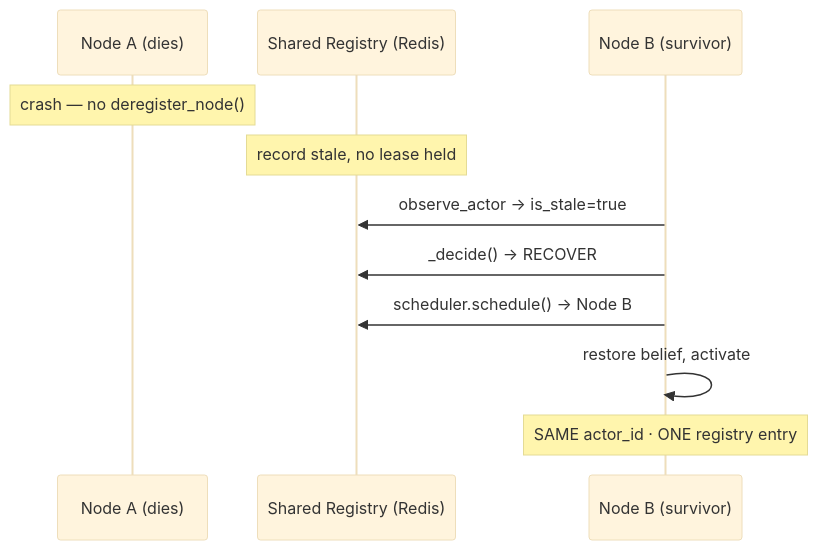
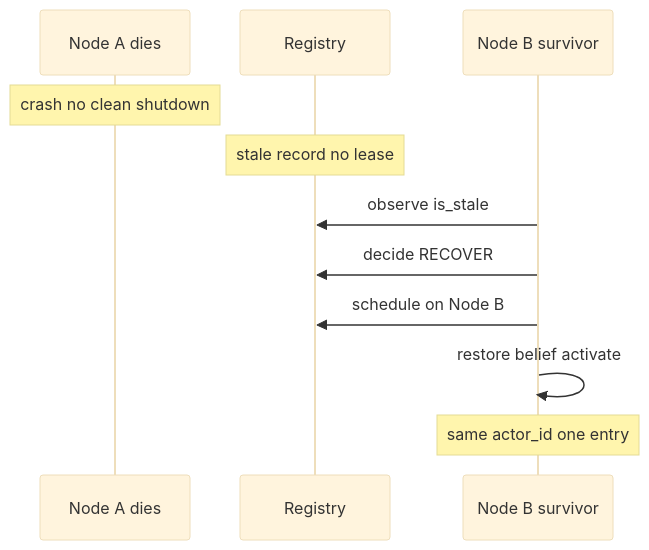
One commit to monkeypatched-stack/cogitive-os changed diagram 18 of 22 in docs/DIAGRAMS.md. Above: the diagram before and after it, drawn with Mermaid (base theme). The commit also changed other lines of this file, not shown here.

Commit message:
adding diagrams

````diff
--- a/docs/DIAGRAMS.md
+++ b/docs/DIAGRAMS.md
@@ -578,14 +607,14 @@
 ```mermaid
 sequenceDiagram
-    participant NodeA as Node A (dies)
-    participant Reg as Shared Registry (Redis)
-    participant NodeB as Node B (survivor)
+    participant NodeA as Node A dies
+    participant Reg as Registry
+    participant NodeB as Node B survivor
 
-    Note over NodeA: crash — no deregister_node()
-    Note over Reg: record stale, no lease held
-    NodeB->>Reg: observe_actor → is_stale=true
-    NodeB->>Reg: _decide() → RECOVER
-    NodeB->>Reg: scheduler.schedule() → Node B
-    NodeB->>NodeB: restore belief, activate
-    Note over NodeB: SAME actor_id · ONE registry entry
+    Note over NodeA: crash no clean shutdown
+    Note over Reg: stale record no lease
+    NodeB->>Reg: observe is_stale
+    NodeB->>Reg: decide RECOVER
+    NodeB->>Reg: schedule on Node B
+    NodeB->>NodeB: restore belief activate
+    Note over NodeB: same actor_id one entry
 ```
````
